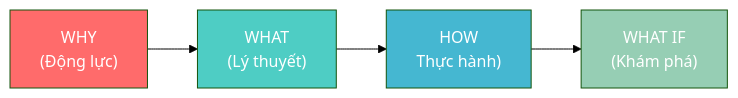
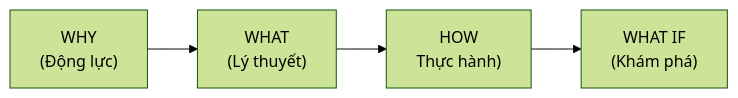
One commit to vuanhtu1993/vuanhtu1993.github.io changed the diagram in .agent/skills/create-tech-lecture/SKILL.md. Above: the diagram before and after it, drawn with Mermaid (forest theme). The commit also changed other lines of this file and 13 other files, not shown here.

````diff
--- a/.agent/skills/create-tech-lecture/SKILL.md
+++ b/.agent/skills/create-tech-lecture/SKILL.md
@@ -80,10 +86,6 @@
 ```mermaid
 flowchart LR
     A["WHY<br>(Động lực)"] --> B["WHAT<br>(Lý thuyết)"]
     B --> C["HOW<br>Thực hành)"]
     C --> D["WHAT IF<br>(Khám phá)"]
-    style A fill:#ff6b6b,color:#fff
-    style B fill:#4ecdc4,color:#fff
-    style C fill:#45b7d1,color:#fff
-    style D fill:#96ceb4,color:#fff
 ```
````
